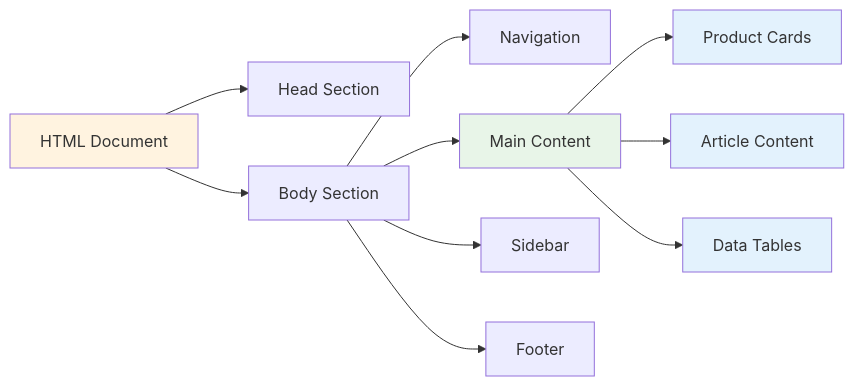
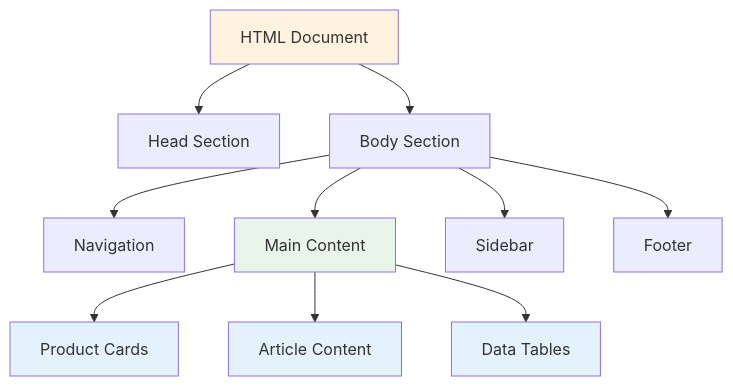
One commit to bytetunnels/bytetunnels.github.com changed the second of 3 diagrams in _posts/2025-04-26-web-scraping-explained-what-why-how.md. Above: the diagram before and after it, drawn with Mermaid. The commit also changed 25 other files, not shown here.

Commit message:
chore: fixed mermaid charts

````diff
--- a/_posts/2025-04-26-web-scraping-explained-what-why-how.md
+++ b/_posts/2025-04-26-web-scraping-explained-what-why-how.md
@@ -104,18 +104,21 @@
 ```mermaid
-graph LR
-    A[HTML Document] --> B[Head Section]
+graph TD
+    A[HTML Document]
+    A --> B[Head Section]
     A --> C[Body Section]
+
     C --> D[Navigation]
     C --> E[Main Content]
     C --> F[Sidebar]
     C --> G[Footer]
+
     E --> H[Product Cards]
     E --> I[Article Content]
     E --> J[Data Tables]
-    
+
     style A fill:#fff3e0
     style E fill:#e8f5e8
     style H fill:#e3f2fd
     style I fill:#e3f2fd
     style J fill:#e3f2fd
 ```
````
